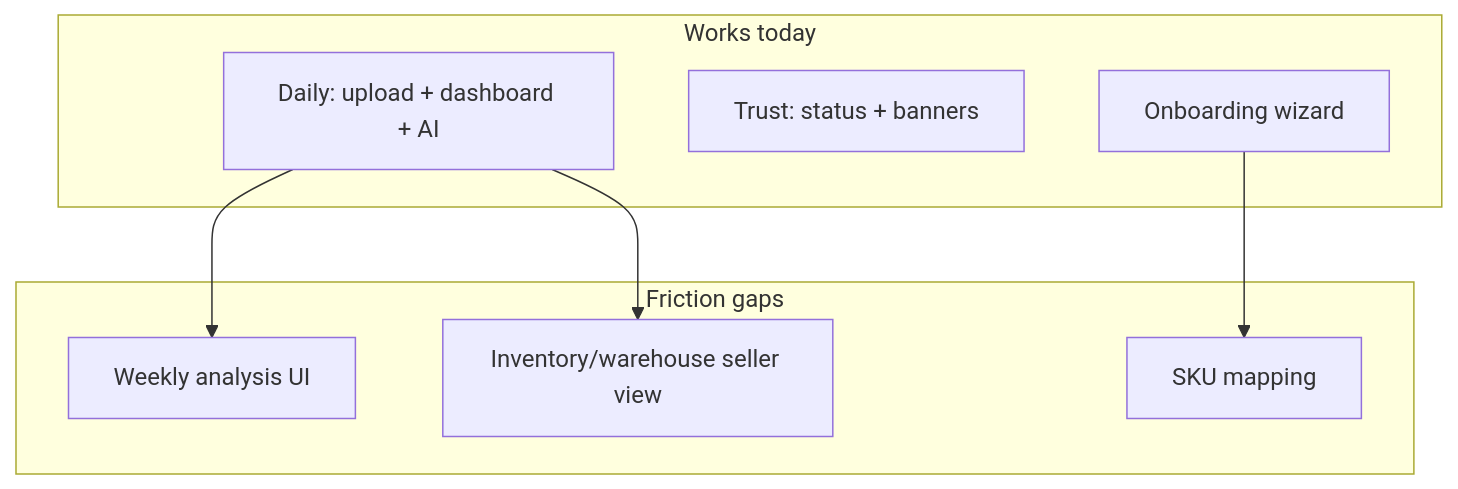
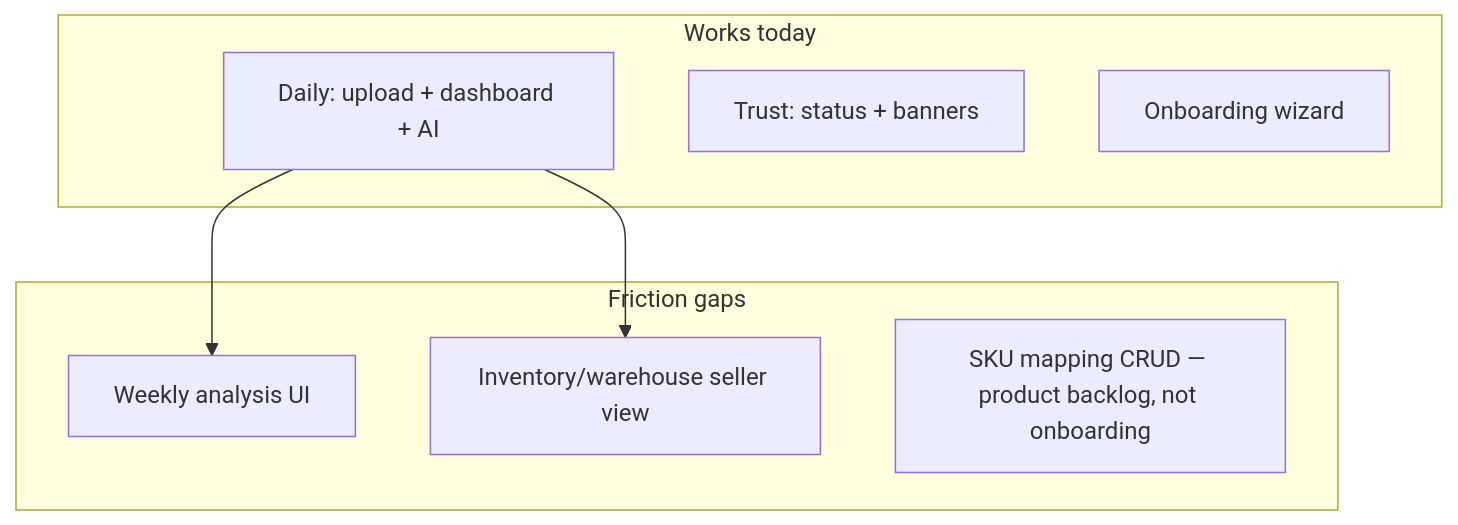
Before and after one commit to zuzinamd-creator/AIplatform_for_marketplace_analytics: the diagram in docs/product/ux_friction_report.md, drawn with Mermaid. The commit also changed other lines of this file and 9 other files, not shown here.

First line of the commit message:
Align product docs with F1.6 certified onboarding (F2-C4).

````diff
--- a/docs/product/ux_friction_report.md
+++ b/docs/product/ux_friction_report.md
@@ -99,16 +100,15 @@
 ```mermaid
 flowchart TB
   subgraph today [Works today]
     D[Daily: upload + dashboard + AI]
     T[Trust: status + banners]
     O[Onboarding wizard]
   end
   subgraph gap [Friction gaps]
     W[Weekly analysis UI]
     I[Inventory/warehouse seller view]
-    S[SKU mapping]
+    S[SKU mapping CRUD — product backlog, not onboarding]
   end
   D --> W
   D --> I
-  O --> S
 ```
````
